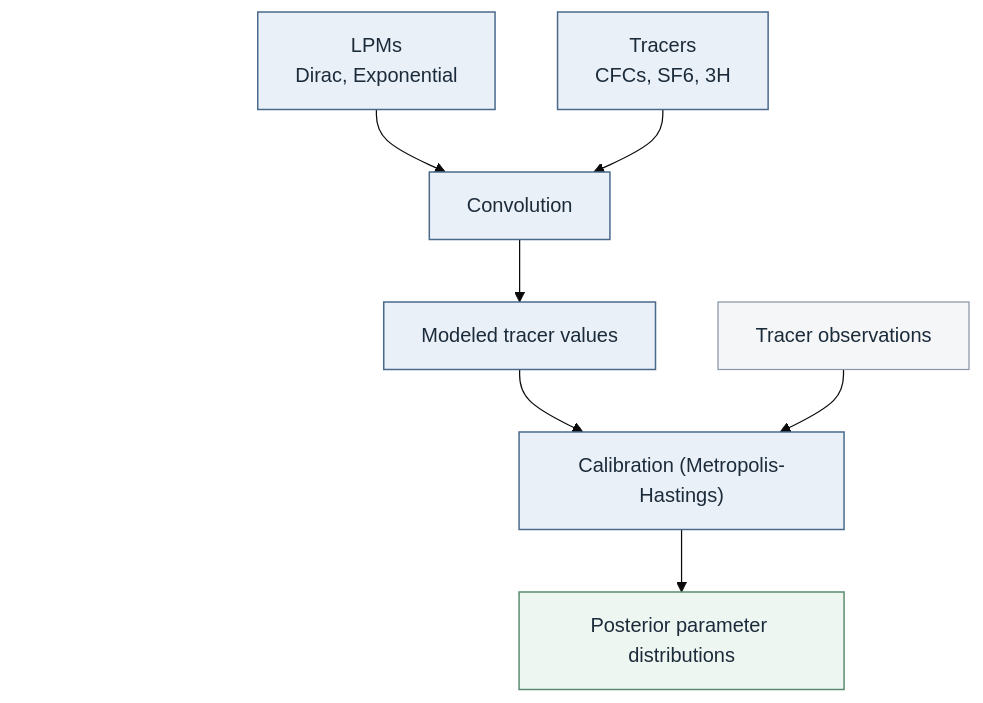
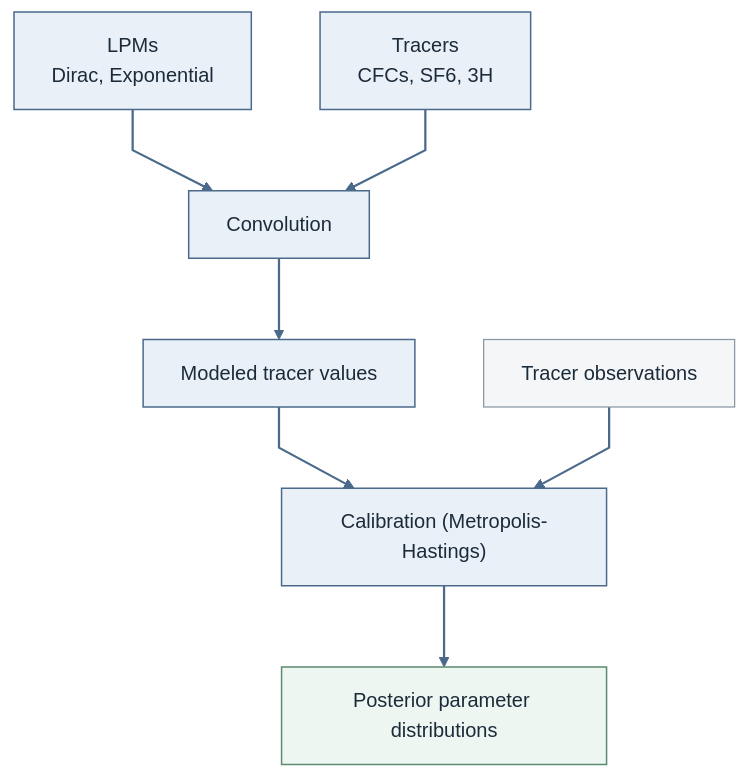
Before and after one commit to dreuzy/PyAges: the diagram in docs/figures/figure1_overview.md, drawn with Mermaid. The commit also changed 34 other files, not shown here.

````diff
--- a/docs/figures/figure1_overview.md
+++ b/docs/figures/figure1_overview.md
@@ -7,41 +7,35 @@
 ```{mermaid}
 flowchart TB
   %% Increase font size for publication
   %% Mermaid theme variables are supported by mermaid-cli
   %% (12 is default-ish; we push to 16 for readability)
-  %%{init: {"theme": "base", "themeVariables": {"fontSize": "16px"}}}%%
+  %% Use straight connectors so every arrow has an unambiguous source and target
+  %%{init: {"theme": "base", "flowchart": {"curve": "linear", "nodeSpacing": 55, "rankSpacing": 65}, "themeVariables": {"fontSize": "16px", "lineColor": "#4b6a8b"}}}%%
   %% Node styles
   classDef main fill:#e9f0f8,stroke:#4b6a8b,stroke-width:1.2,color:#1c2b3a;
   classDef side fill:#f4f6f8,stroke:#8a97a5,stroke-width:1,color:#1c2b3a;
   classDef output fill:#eef6f2,stroke:#5b8b6f,stroke-width:1.2,color:#1c2b3a;
 
   %% Core classes
-  TOP(( )):::spacer
-  TOP2(( )):::spacer
-  GAP(( )):::spacer
   LPM["LPMs<br/>Dirac, Exponential"]:::main
   TRACER["Tracers<br/>CFCs, SF6, 3H"]:::main
   CONV["Convolution"]:::main
   MODEL["Modeled tracer values"]:::main
   CAL["Calibration (Metropolis-Hastings)"]:::main
 
   %% External data / outputs
   OBS["Tracer observations"]:::side
   OUT1["Posterior parameter distributions"]:::output
   %% (removed) Model diagnostics box
 
   %% Flow
   LPM --> CONV
   TRACER --> CONV
   CONV --> MODEL
   MODEL --> CAL
   OBS --> CAL
   CAL --> OUT1
 
-  %% Hide example node boxes (label-only)
-  classDef spacer fill:none,stroke:none,color:transparent;
-  style TOP fill:none,stroke:none
-  style TOP2 fill:none,stroke:none
-  style GAP fill:none,stroke:none,color:transparent
-  %% (no global linkStyle overrides)
+  %% Keep all connectors visible and consistent in print and HTML exports
+  linkStyle default stroke:#4b6a8b,stroke-width:1.8px,fill:none;
 ```
````
